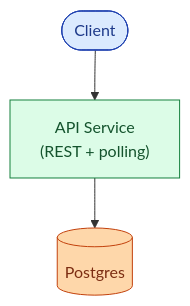
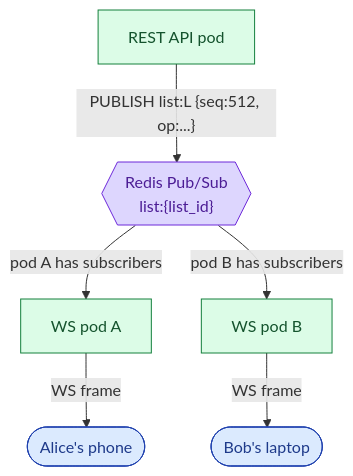
The fourth of 17 diagrams in _practice/system-design/013-todo-list-sharing.md (shiningflash/shiningflash.github.io), drawn with Mermaid before and after one commit. The commit also changed other lines of this file and 18 other files, not shown here.

````diff
--- a/_practice/system-design/013-todo-list-sharing.md
+++ b/_practice/system-design/013-todo-list-sharing.md
@@ -267,9 +203,12 @@
 ```mermaid
 flowchart TB
-    C([Client]):::user --> API["API Service<br/>(REST + polling)"]:::app
-    API --> DB[("Postgres")]:::db
+    API["REST API pod"]:::app -->|"PUBLISH list:L {seq:512, op:...}"| Bus{{"Redis Pub/Sub<br/>list:{list_id}"}}:::queue
+    Bus -->|"pod A has subscribers"| WS_A["WS pod A"]:::app
+    Bus -->|"pod B has subscribers"| WS_B["WS pod B"]:::app
+    WS_A -->|"WS frame"| Alice([Alice's phone]):::user
+    WS_B -->|"WS frame"| Bob([Bob's laptop]):::user
 
     classDef user  fill:#dbeafe,stroke:#1e40af,color:#1e3a8a
     classDef app   fill:#dcfce7,stroke:#15803d,color:#14532d
-    classDef db    fill:#fed7aa,stroke:#c2410c,color:#7c2d12
+    classDef queue fill:#ddd6fe,stroke:#6d28d9,color:#4c1d95
 ```
````
